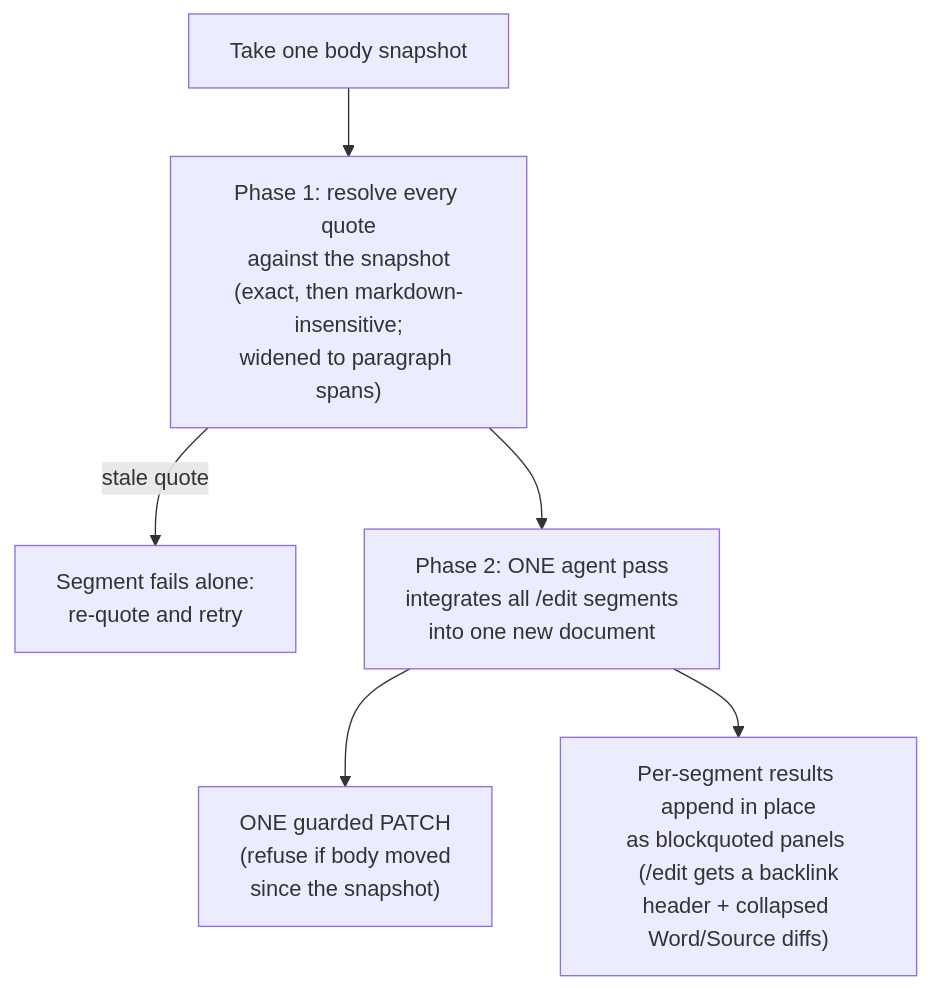
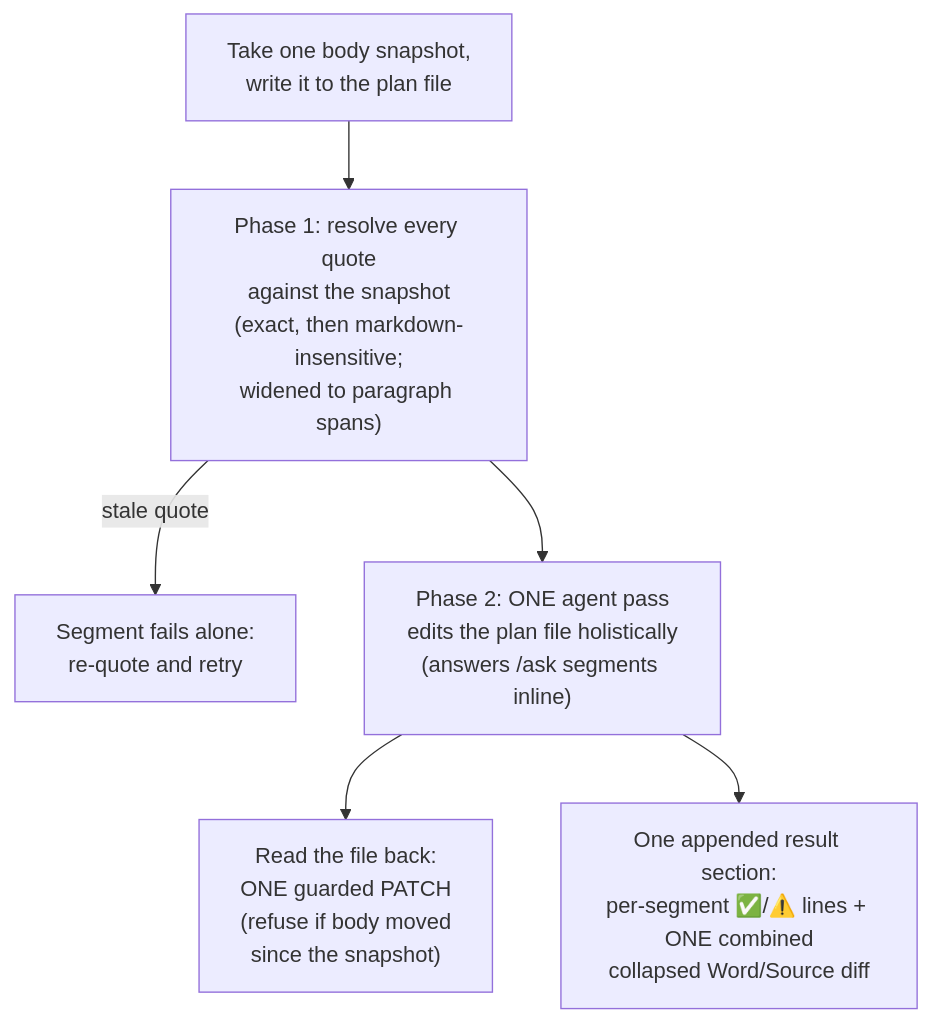
The fourth of 5 diagrams in docs/architecture.md (d3mlabs/ai-flow), drawn with Mermaid before and after one commit. The commit also changed other lines of this file and 11 other files, not shown here.

````diff
--- a/docs/architecture.md
+++ b/docs/architecture.md
@@ -149,8 +151,8 @@
 ```mermaid
 flowchart TD
-    snapshot["Take one body snapshot"] --> resolve["Phase 1: resolve every quote<br/>against the snapshot<br/>(exact, then markdown-insensitive;<br/>widened to paragraph spans)"]
+    snapshot["Take one body snapshot,<br/>write it to the plan file"] --> resolve["Phase 1: resolve every quote<br/>against the snapshot<br/>(exact, then markdown-insensitive;<br/>widened to paragraph spans)"]
     resolve -->|stale quote| staleResult["Segment fails alone:<br/>re-quote and retry"]
-    resolve --> agentPass["Phase 2: ONE agent pass<br/>integrates all /edit segments<br/>into one new document"]
-    agentPass --> patch["ONE guarded PATCH<br/>(refuse if body moved<br/>since the snapshot)"]
-    agentPass --> results["Per-segment results append in place<br/>as blockquoted panels (/edit gets a backlink<br/>header + collapsed Word/Source diffs)"]
+    resolve --> agentPass["Phase 2: ONE agent pass<br/>edits the plan file holistically<br/>(answers /ask segments inline)"]
+    agentPass --> patch["Read the file back:<br/>ONE guarded PATCH<br/>(refuse if body moved<br/>since the snapshot)"]
+    agentPass --> results["One appended result section:<br/>per-segment ✅/⚠️ lines + ONE combined<br/>collapsed Word/Source diff"]
 ```
````
